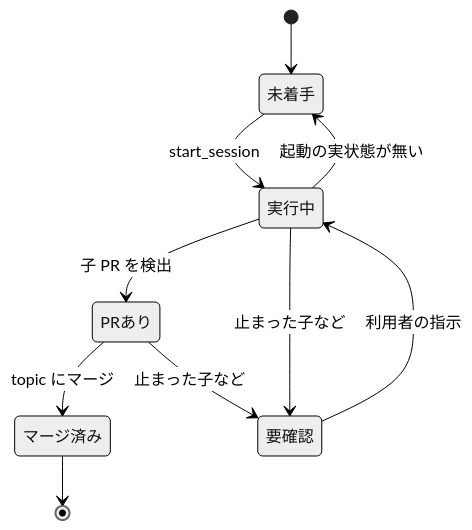
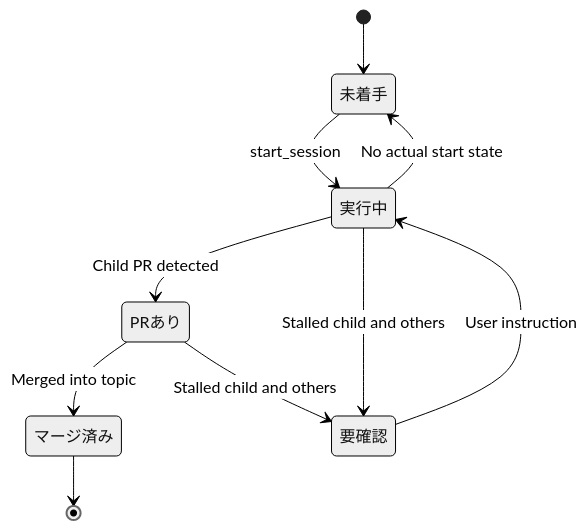
Before and after one commit to iamyosei/bigdaddy: the fifth of 5 diagrams in docs/internals.md, drawn with Mermaid (neutral theme). The commit also changed other lines of this file and 8 other files, not shown here.

````diff
--- a/docs/internals.md
+++ b/docs/internals.md
@@ -155,12 +155,12 @@
 ```mermaid
 stateDiagram-v2
     [*] --> 未着手
     未着手 --> 実行中: start_session
-    実行中 --> 未着手: 起動の実状態が無い
-    実行中 --> PRあり: 子 PR を検出
-    PRあり --> マージ済み: topic にマージ
-    実行中 --> 要確認: 止まった子など
-    PRあり --> 要確認: 止まった子など
-    要確認 --> 実行中: 利用者の指示
+    実行中 --> 未着手: No actual start state
+    実行中 --> PRあり: Child PR detected
+    PRあり --> マージ済み: Merged into topic
+    実行中 --> 要確認: Stalled child and others
+    PRあり --> 要確認: Stalled child and others
+    要確認 --> 実行中: User instruction
     マージ済み --> [*]
 ```
````
